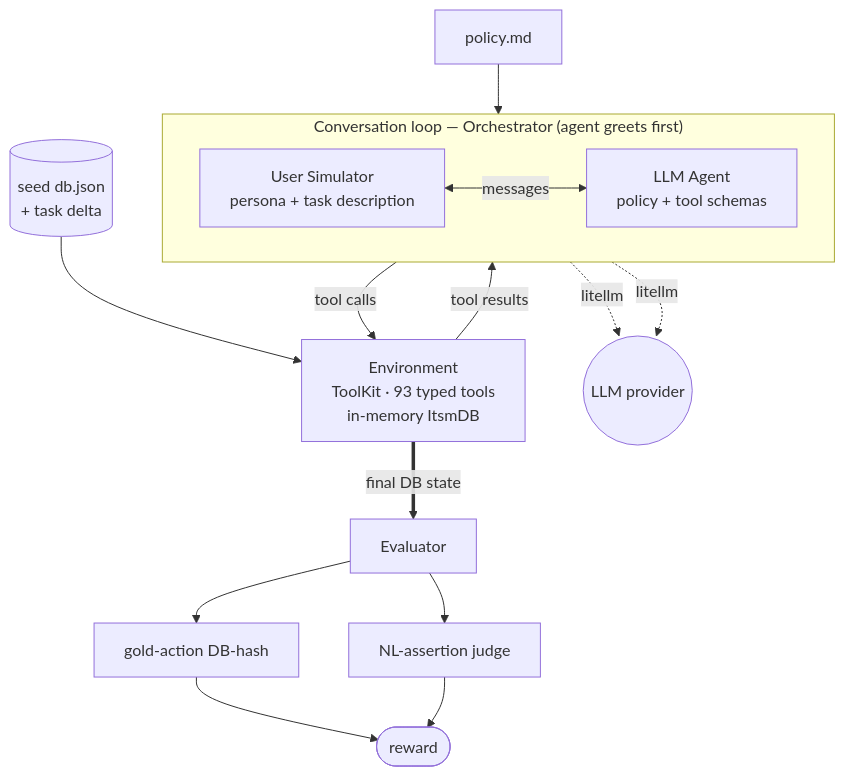
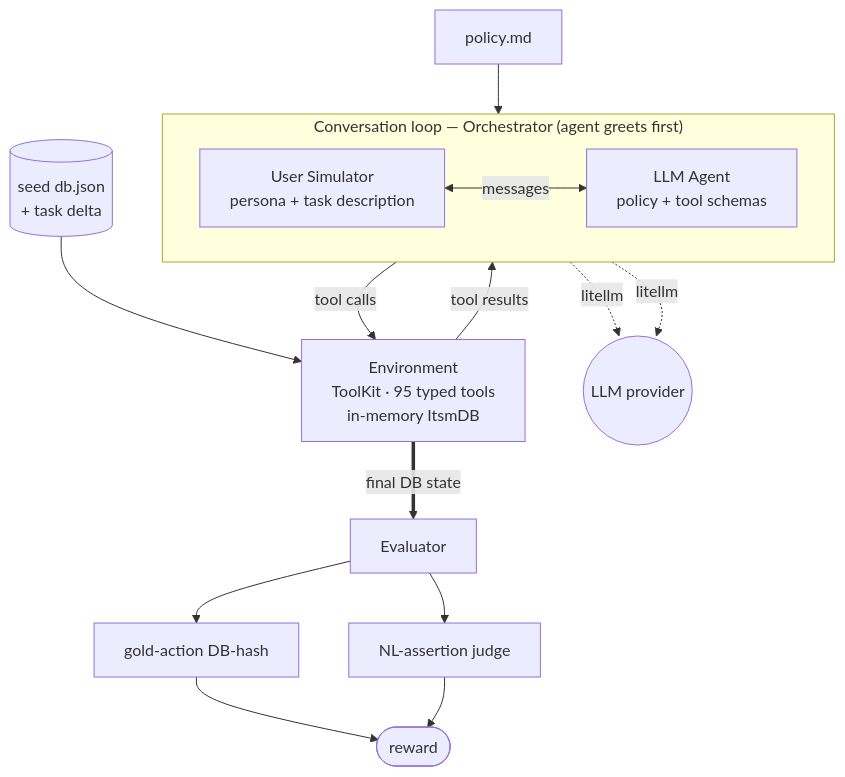
Before and after one commit to vibrantlabsai/MTOps: the diagram in README.md, drawn with Mermaid. The commit also changed other lines of this file and 3 other files, not shown here.

````diff
--- a/README.md
+++ b/README.md
@@ -20,23 +42,23 @@
 ```mermaid
 flowchart TD
     POL["policy.md"] --> AGENT
     SEED[("seed db.json<br/>+ task delta")] --> ENV
 
     subgraph LOOP["Conversation loop — Orchestrator (agent greets first)"]
         direction LR
         USER["User Simulator<br/>persona + task description"]
         AGENT["LLM Agent<br/>policy + tool schemas"]
         USER <-->|messages| AGENT
     end
 
-    AGENT -->|tool calls| ENV["Environment<br/>ToolKit · 93 typed tools<br/>in-memory ItsmDB"]
+    AGENT -->|tool calls| ENV["Environment<br/>ToolKit · 95 typed tools<br/>in-memory ItsmDB"]
     ENV -->|tool results| AGENT
     AGENT -.->|litellm| PROV(("LLM provider"))
     USER -.->|litellm| PROV
 
     ENV ==>|final DB state| EVAL["Evaluator"]
     EVAL --> DBH["gold-action DB-hash"]
     EVAL --> NL["NL-assertion judge"]
     DBH --> REW(["reward"])
     NL --> REW
 ```
````
